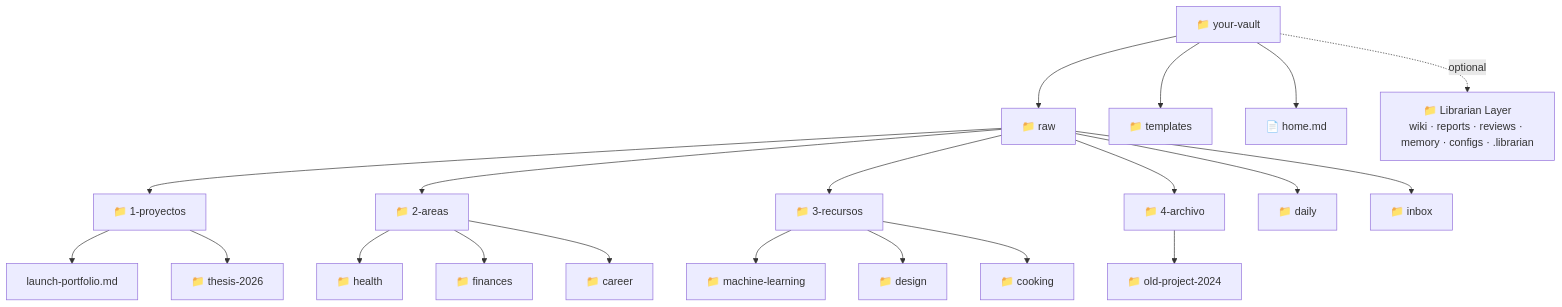
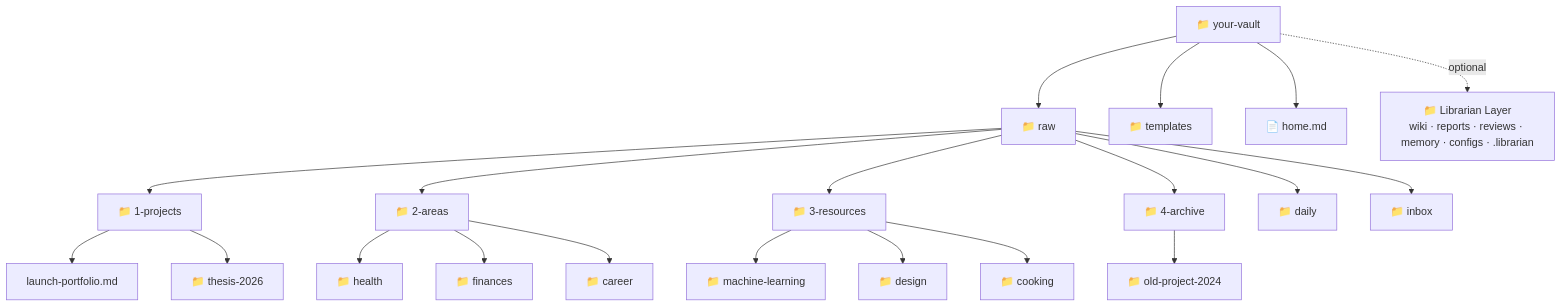
Before and after one commit to VanessaPellegrini/second-brain-ecosystem: the diagram in second-brain/guides/en/04-vault-structure.md, drawn with Mermaid. The commit also changed other lines of this file and 6 other files, not shown here.

First line of the commit message:
docs: align vault structure — PARA/daily/inbox now inside raw/

````diff
--- a/second-brain/guides/en/04-vault-structure.md
+++ b/second-brain/guides/en/04-vault-structure.md
@@ -20,24 +20,24 @@
 ```mermaid
 graph TD
     Vault[📁 your-vault] --> Raw[📁 raw]
     Vault --> T[📁 templates]
     Vault --> H[📄 home.md]
     Vault -. optional .-> AI[📁 Librarian Layer<br/>wiki · reports · reviews · memory · configs · .librarian]
 
-    Raw --> P[📁 1-proyectos]
+    Raw --> P[📁 1-projects]
     Raw --> A[📁 2-areas]
-    Raw --> R[📁 3-recursos]
-    Raw --> Arc[📁 4-archivo]
+    Raw --> R[📁 3-resources]
+    Raw --> Arc[📁 4-archive]
     Raw --> D[📁 daily]
-    Raw --> Inb[📁 inbox]
+    Raw --> In[📁 inbox]
 
     P --> P1[launch-portfolio.md]
     P --> P2[📁 thesis-2026]
     A --> A1[📁 health]
     A --> A2[📁 finances]
     A --> A3[📁 career]
     R --> R1[📁 machine-learning]
     R --> R2[📁 design]
     R --> R3[📁 cooking]
     Arc --> Arc1[📁 old-project-2024]
 ```
````
